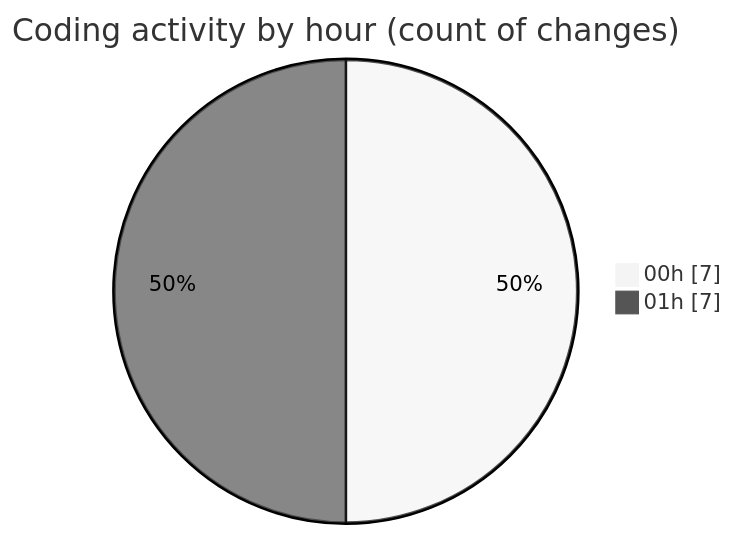
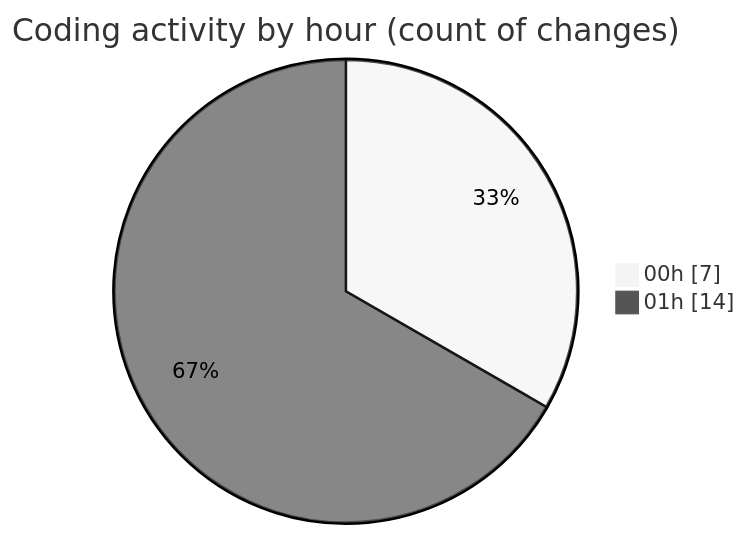
The second of 2 diagrams in 2026-04-24/darkwire/README.md (tmsrecording-cyber/code-tracking), drawn with Mermaid (neutral theme) before and after one commit. The commit also changed other lines of this file and 1 other file, not shown here.

````diff
--- a/2026-04-24/darkwire/README.md
+++ b/2026-04-24/darkwire/README.md
@@ -35,6 +38,6 @@
 ```mermaid
 pie showData
 title Coding activity by hour (count of changes)
 "00h" : 7
-"01h" : 7
+"01h" : 14
 ```
````
